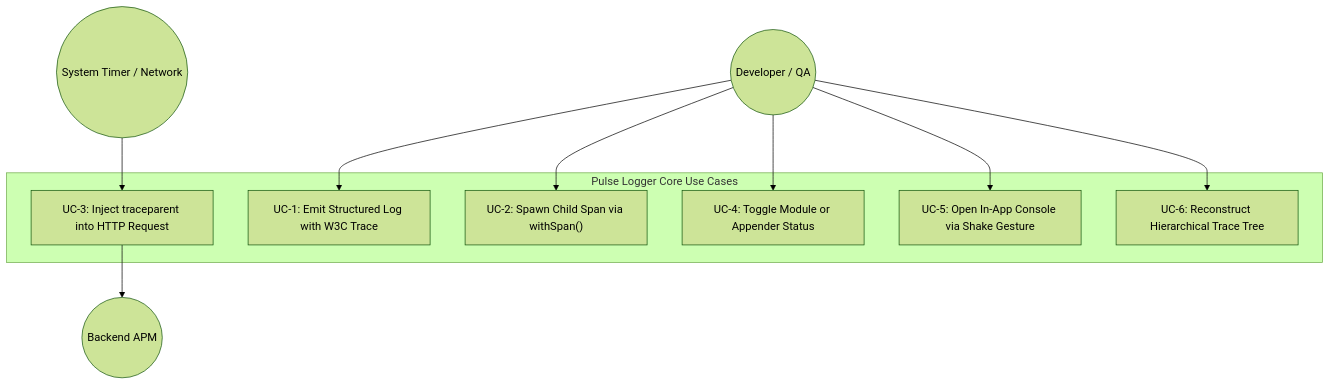
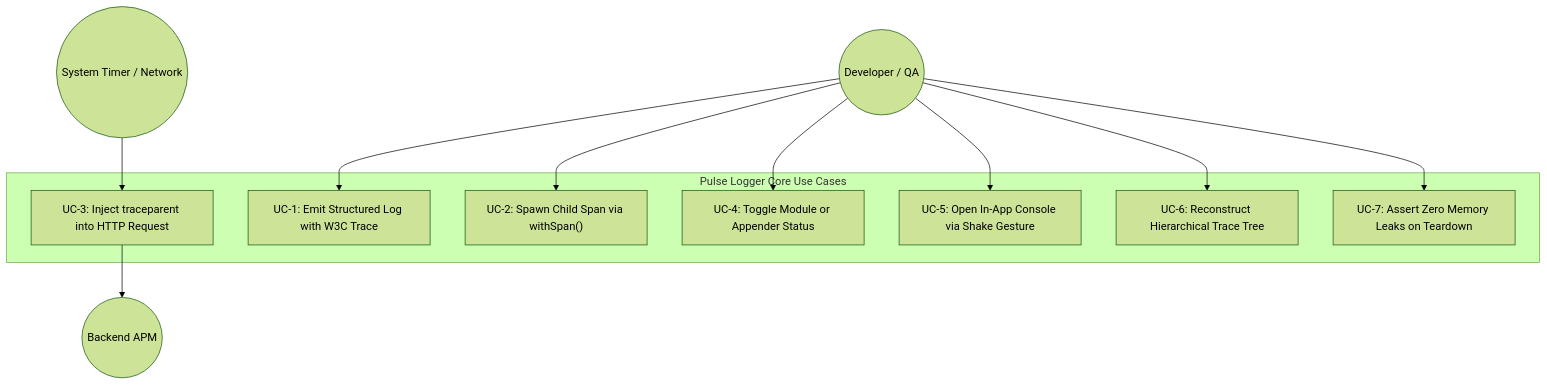
The second of 3 diagrams in .devtool/epic/pulse_logger/pulse_logger.en.md (DanhDue/ios_digital_wallet), drawn with Mermaid (forest theme) before and after one commit. The commit also changed other lines of this file and 18 other files, not shown here.

````diff
--- a/.devtool/epic/pulse_logger/pulse_logger.en.md
+++ b/.devtool/epic/pulse_logger/pulse_logger.en.md
@@ -109,23 +113,25 @@
 ```mermaid
 flowchart TD
     Developer((Developer / QA))
     SystemTimer((System Timer / Network))
     BackendSvc((Backend APM))
 
     subgraph UseCases["Pulse Logger Core Use Cases"]
         UC1["UC-1: Emit Structured Log with W3C Trace"]
         UC2["UC-2: Spawn Child Span via withSpan()"]
         UC3["UC-3: Inject traceparent into HTTP Request"]
         UC4["UC-4: Toggle Module or Appender Status"]
         UC5["UC-5: Open In-App Console via Shake Gesture"]
         UC6["UC-6: Reconstruct Hierarchical Trace Tree"]
+        UC7["UC-7: Assert Zero Memory Leaks on Teardown"]
     end
 
     Developer --> UC1
     Developer --> UC2
     Developer --> UC4
     Developer --> UC5
     SystemTimer --> UC3
     UC3 --> BackendSvc
     Developer --> UC6
+    Developer --> UC7
 ```
````
